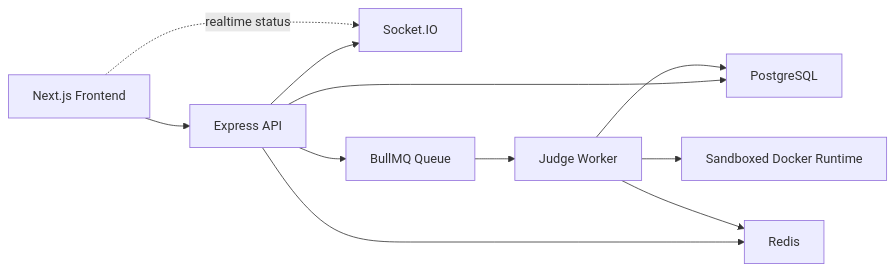
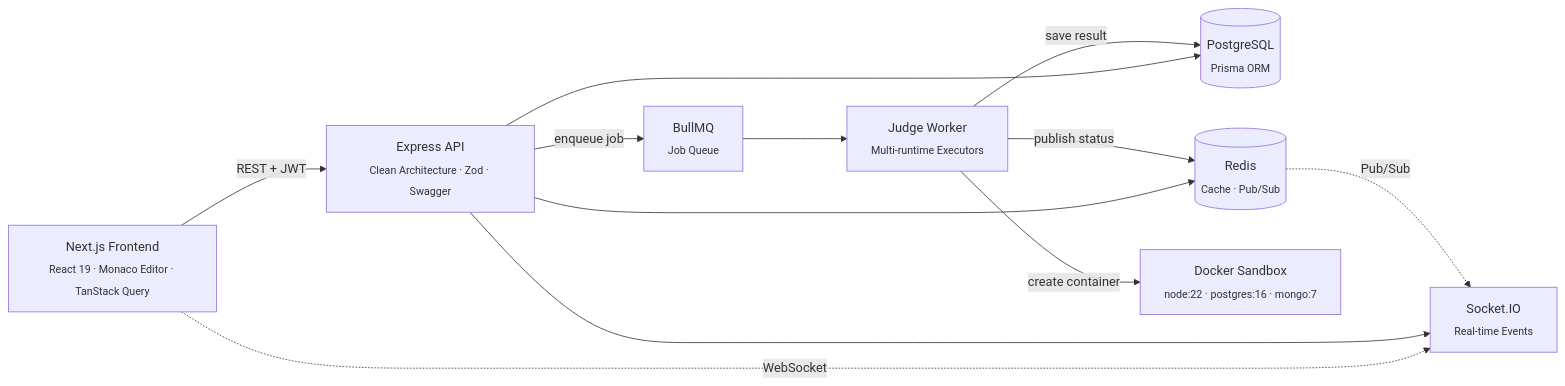
One commit to rishnudk/interviewundo changed the first of 3 diagrams in README.md. Above: the diagram before and after it, drawn with Mermaid. The commit also changed other lines of this file and 1 other file, not shown here.

Commit message:
feat: add implementation plan for real-time 1v1 coding arena and document required database schema, domain models, and service interfaces

````diff
--- a/README.md
+++ b/README.md
@@ -17,13 +11,23 @@
 ```mermaid
 flowchart LR
-    FE["Next.js Frontend"] --> API["Express API"]
-    API --> PG["PostgreSQL"]
-    API --> REDIS["Redis"]
-    API --> WS["Socket.IO"]
-    API --> QUEUE["BullMQ Queue"]
-    QUEUE --> WORKER["Judge Worker"]
-    WORKER --> DOCKER["Sandboxed Docker Runtime"]
-    WORKER --> PG
-    WORKER --> REDIS
-    FE -. realtime status .-> WS
+    FE["Next.js Frontend<br/><sub>React 19 · Monaco Editor · TanStack Query</sub>"]
+    API["Express API<br/><sub>Clean Architecture · Zod · Swagger</sub>"]
+    PG[("PostgreSQL<br/><sub>Prisma ORM</sub>")]
+    REDIS[("Redis<br/><sub>Cache · Pub/Sub</sub>")]
+    QUEUE["BullMQ<br/><sub>Job Queue</sub>"]
+    WORKER["Judge Worker<br/><sub>Multi-runtime Executors</sub>"]
+    DOCKER["Docker Sandbox<br/><sub>node:22 · postgres:16 · mongo:7</sub>"]
+    WS["Socket.IO<br/><sub>Real-time Events</sub>"]
+
+    FE -- "REST + JWT" --> API
+    FE -. "WebSocket" .-> WS
+    API --> PG
+    API --> REDIS
+    API --> WS
+    API -- "enqueue job" --> QUEUE
+    QUEUE --> WORKER
+    WORKER -- "create container" --> DOCKER
+    WORKER -- "save result" --> PG
+    WORKER -- "publish status" --> REDIS
+    REDIS -. "Pub/Sub" .-> WS
 ```
````
